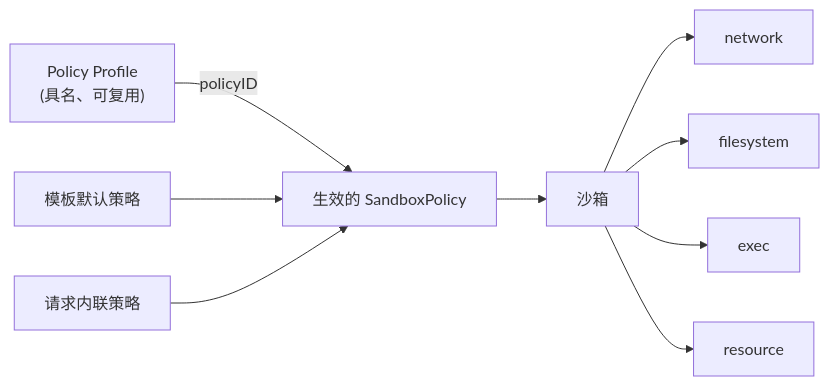
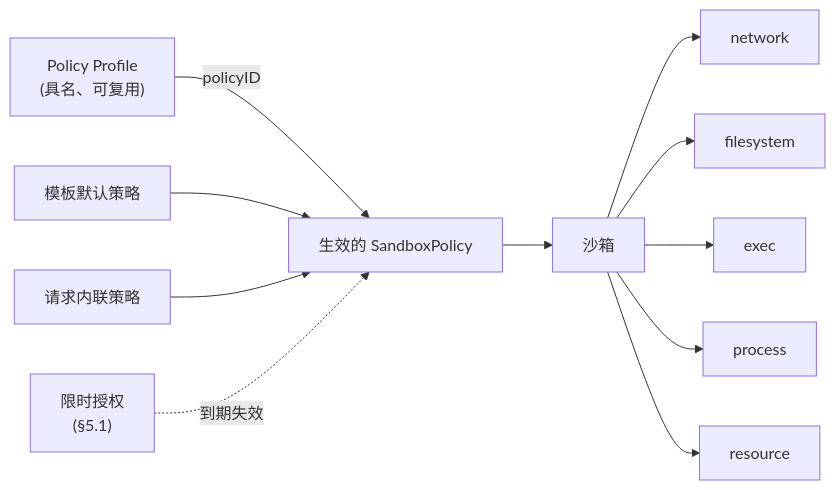
One commit to cloudapp-group/sandbox-policy-spec changed the diagram in specs/0001-sandbox-security-policy/zh/overview.md. Above: the diagram before and after it, drawn with Mermaid. The commit also changed other lines of this file and 13 other files, not shown here.

````diff
--- a/specs/0001-sandbox-security-policy/zh/overview.md
+++ b/specs/0001-sandbox-security-policy/zh/overview.md
@@ -101,11 +115,13 @@
 ```mermaid
 flowchart LR
     P["Policy Profile<br/>(具名、可复用)"] -->|policyID| M
     T["模板默认策略"] --> M["生效的 SandboxPolicy"]
     R["请求内联策略"] --> M
+    G["限时授权<br/>(§5.1)"] -.->|到期失效| M
     M --> S["沙箱"]
     S --> D1["network"]
     S --> D2["filesystem"]
     S --> D3["exec"]
-    S --> D4["resource"]
+    S --> D4["process"]
+    S --> D5["resource"]
 ```
````
